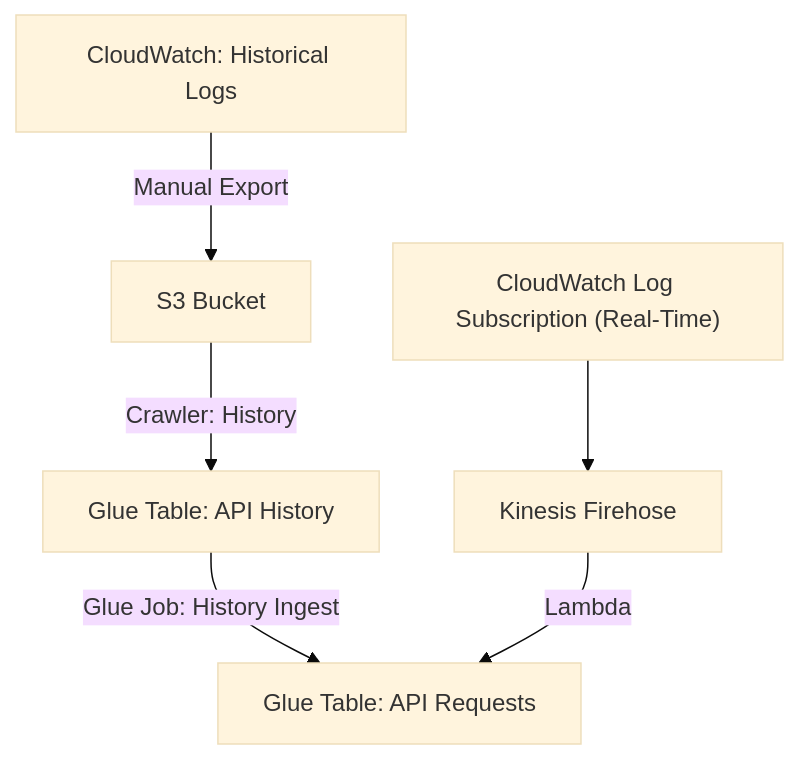
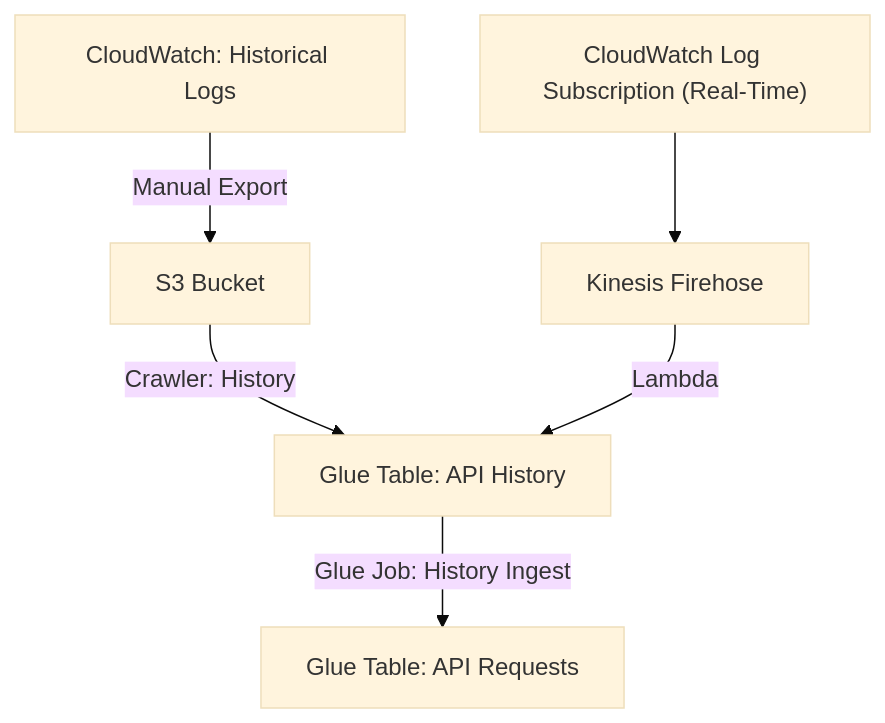
The first of 2 diagrams in insights/terraform/projects/bfd/README.md (CMSgov/beneficiary-fhir-data), drawn with Mermaid (base theme) before and after one commit.

Commit message:
README update

````diff
--- a/insights/terraform/projects/bfd/README.md
+++ b/insights/terraform/projects/bfd/README.md
@@ -17,9 +17,9 @@
 ```mermaid
 flowchart TD
     CloudWatch["CloudWatch: Historical Logs"] -->|Manual Export| S3
     S3["S3 Bucket"] -->|Crawler: History| History["Glue Table: API History"]
     History -->|Glue Job: History Ingest| APIRequests["Glue Table: API Requests"]
 
     EC2["CloudWatch Log Subscription (Real-Time)"] --> Firehose["Kinesis Firehose"]
-    Firehose -->|Lambda| APIRequests
+    Firehose -->|Lambda| History
 ```
````
